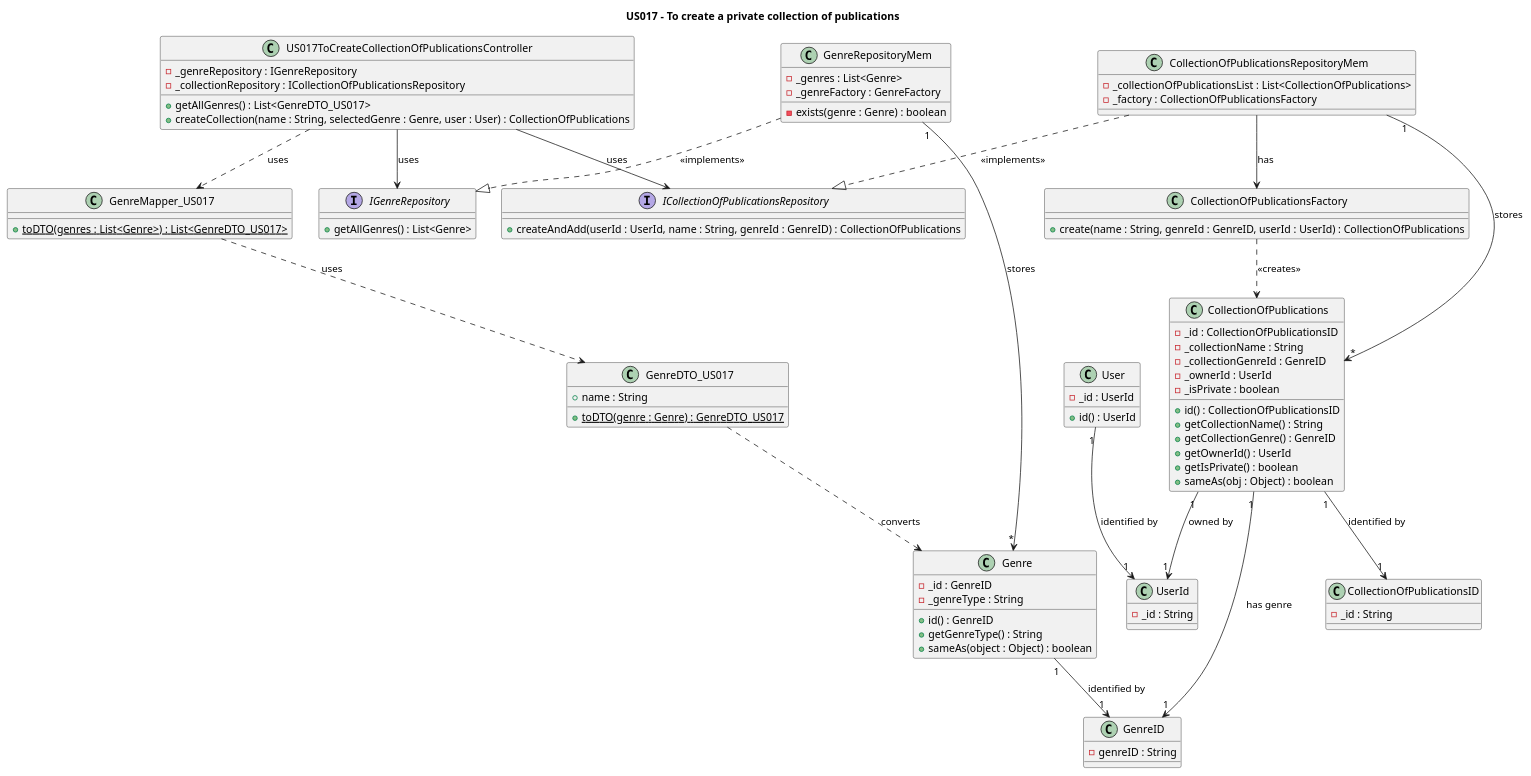
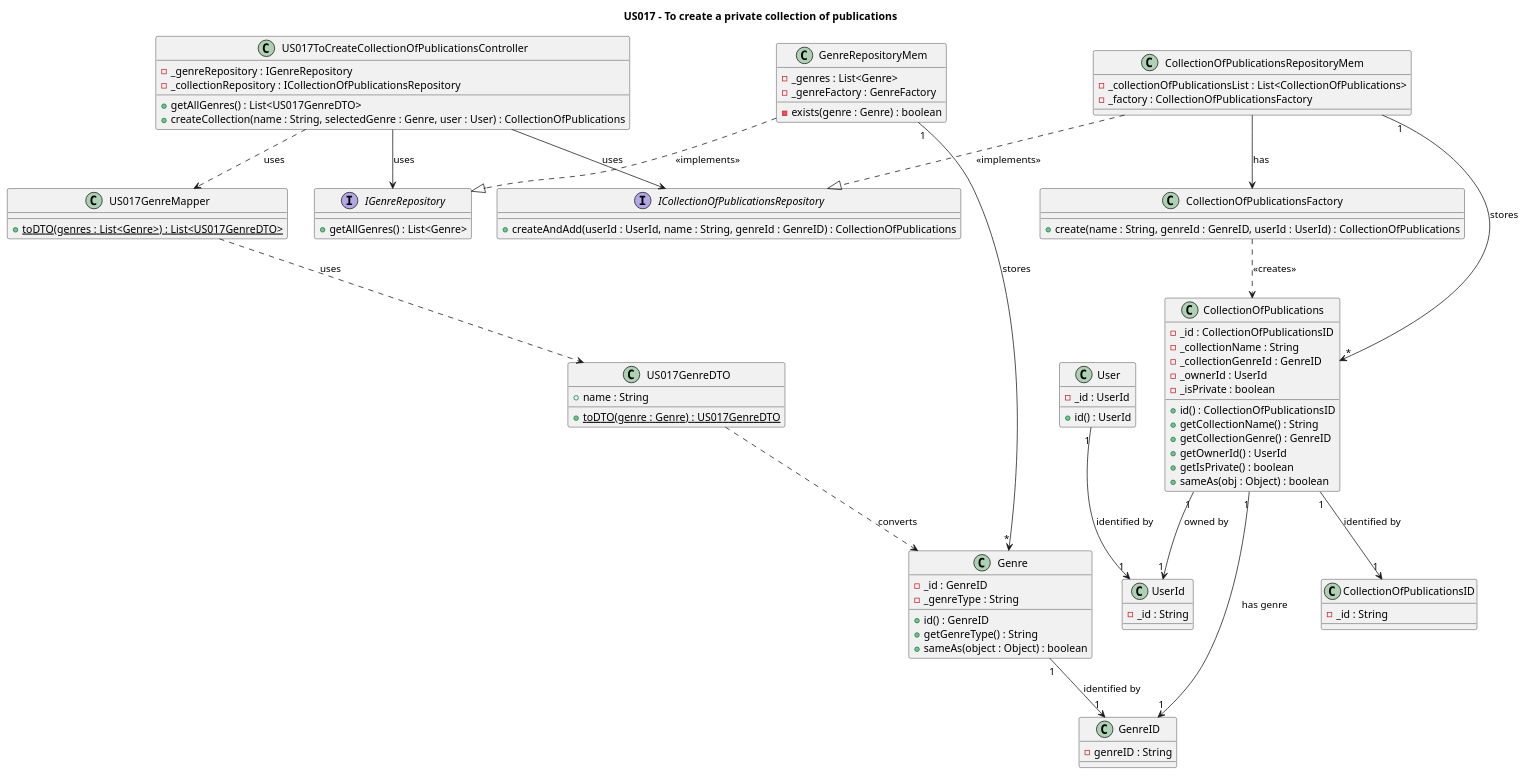
One commit to AndrePereiraGitH/SWitCH-Project-Team_A changed the diagram in Diagrams/ClassDiagrams/US017-to-create-private-publication-list.puml. Above: the diagram before and after it, drawn with PlantUML. The commit also changed 10 other files, not shown here.

Commit message:
refactor #591: rename GenreMapper_US017/GenreDTO_US017 to US017GenreMapper/US017GenreDTO, make mapper static utility class

```diff
--- a/Diagrams/ClassDiagrams/US017-to-create-private-publication-list.puml
+++ b/Diagrams/ClassDiagrams/US017-to-create-private-publication-list.puml
@@ -1,118 +1,118 @@
 @startuml
 title US017 - To create a private collection of publications
 
 ' _____________________
 ' DOMAIN
 ' _____________________
 
 interface IGenreRepository {
   + getAllGenres() : List<Genre>
 }
 
 interface ICollectionOfPublicationsRepository {
   + createAndAdd(userId : UserId, name : String, genreId : GenreID) : CollectionOfPublications
 }
 
 class Genre {
   - _id : GenreID
   - _genreType : String
   + id() : GenreID
   + getGenreType() : String
   + sameAs(object : Object) : boolean
 }
 
 class GenreID {
   - genreID : String
 }
 
 class User {
   - _id : UserId
   + id() : UserId
 }
 
 class UserId {
   - _id : String
 }
 
 class CollectionOfPublications {
   - _id : CollectionOfPublicationsID
   - _collectionName : String
   - _collectionGenreId : GenreID
   - _ownerId : UserId
   - _isPrivate : boolean
   + id() : CollectionOfPublicationsID
   + getCollectionName() : String
   + getCollectionGenre() : GenreID
   + getOwnerId() : UserId
   + getIsPrivate() : boolean
   + sameAs(obj : Object) : boolean
 }
 
 class CollectionOfPublicationsID {
   - _id : String
 }
 
 class CollectionOfPublicationsFactory {
   + create(name : String, genreId : GenreID, userId : UserId) : CollectionOfPublications
 }
 
 Genre "1" --> "1" GenreID : identified by
 User "1" --> "1" UserId : identified by
 CollectionOfPublications "1" --> "1" CollectionOfPublicationsID : identified by
 CollectionOfPublications "1" --> "1" GenreID : has genre
 CollectionOfPublications "1" --> "1" UserId : owned by
 CollectionOfPublicationsFactory ..> CollectionOfPublications : <<creates>>
 
 ' ______________________
 ' APPLICATION
 ' ______________________
 
 class US017ToCreateCollectionOfPublicationsController {
   - _genreRepository : IGenreRepository
   - _collectionRepository : ICollectionOfPublicationsRepository
-  + getAllGenres() : List<GenreDTO_US017>
+  + getAllGenres() : List<US017GenreDTO>
   + createCollection(name : String, selectedGenre : Genre, user : User) : CollectionOfPublications
 }
 
-class GenreMapper_US017 {
-  + {static} toDTO(genres : List<Genre>) : List<GenreDTO_US017>
+class US017GenreMapper {
+  + {static} toDTO(genres : List<Genre>) : List<US017GenreDTO>
 }
 
-class GenreDTO_US017 {
+class US017GenreDTO {
   + name : String
-  + {static} toDTO(genre : Genre) : GenreDTO_US017
+  + {static} toDTO(genre : Genre) : US017GenreDTO
 }
 
 ' ___________________
 ' PERSISTENCE
 ' ___________________
 
 class GenreRepositoryMem {
   - _genres : List<Genre>
   - _genreFactory : GenreFactory
   - exists(genre : Genre) : boolean
 }
 
 class CollectionOfPublicationsRepositoryMem {
   - _collectionOfPublicationsList : List<CollectionOfPublications>
   - _factory : CollectionOfPublicationsFactory
 }
 
 GenreRepositoryMem ..|> IGenreRepository : <<implements>>
 GenreRepositoryMem "1" --> "*" Genre : stores
 CollectionOfPublicationsRepositoryMem ..|> ICollectionOfPublicationsRepository : <<implements>>
 CollectionOfPublicationsRepositoryMem "1" --> "*" CollectionOfPublications : stores
 CollectionOfPublicationsRepositoryMem --> CollectionOfPublicationsFactory : has
 
 ' _____________________
 ' DEPENDENCIES
 ' _____________________
 
 US017ToCreateCollectionOfPublicationsController --> IGenreRepository : uses
 US017ToCreateCollectionOfPublicationsController --> ICollectionOfPublicationsRepository : uses
-US017ToCreateCollectionOfPublicationsController ..> GenreMapper_US017 : uses
+US017ToCreateCollectionOfPublicationsController ..> US017GenreMapper : uses
 
-GenreMapper_US017 ..> GenreDTO_US017 : uses
-GenreDTO_US017 ..> Genre : converts
+US017GenreMapper ..> US017GenreDTO : uses
+US017GenreDTO ..> Genre : converts
 
 @enduml
```
